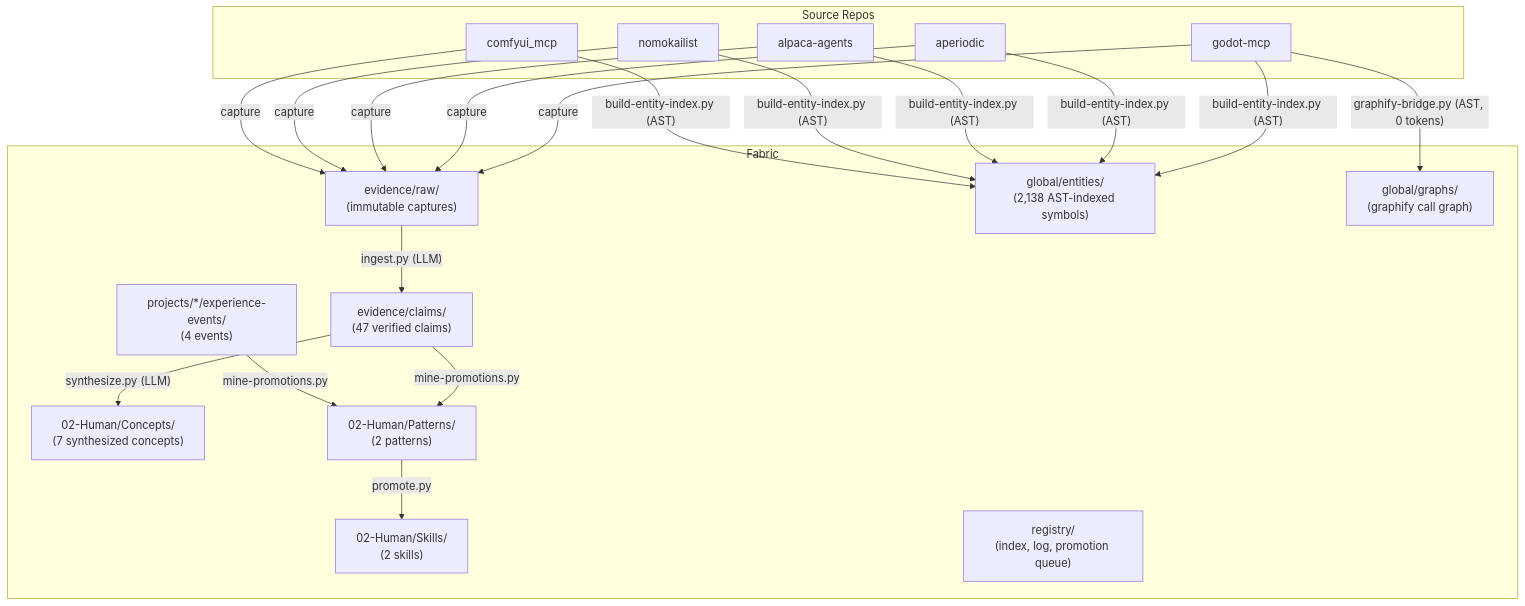
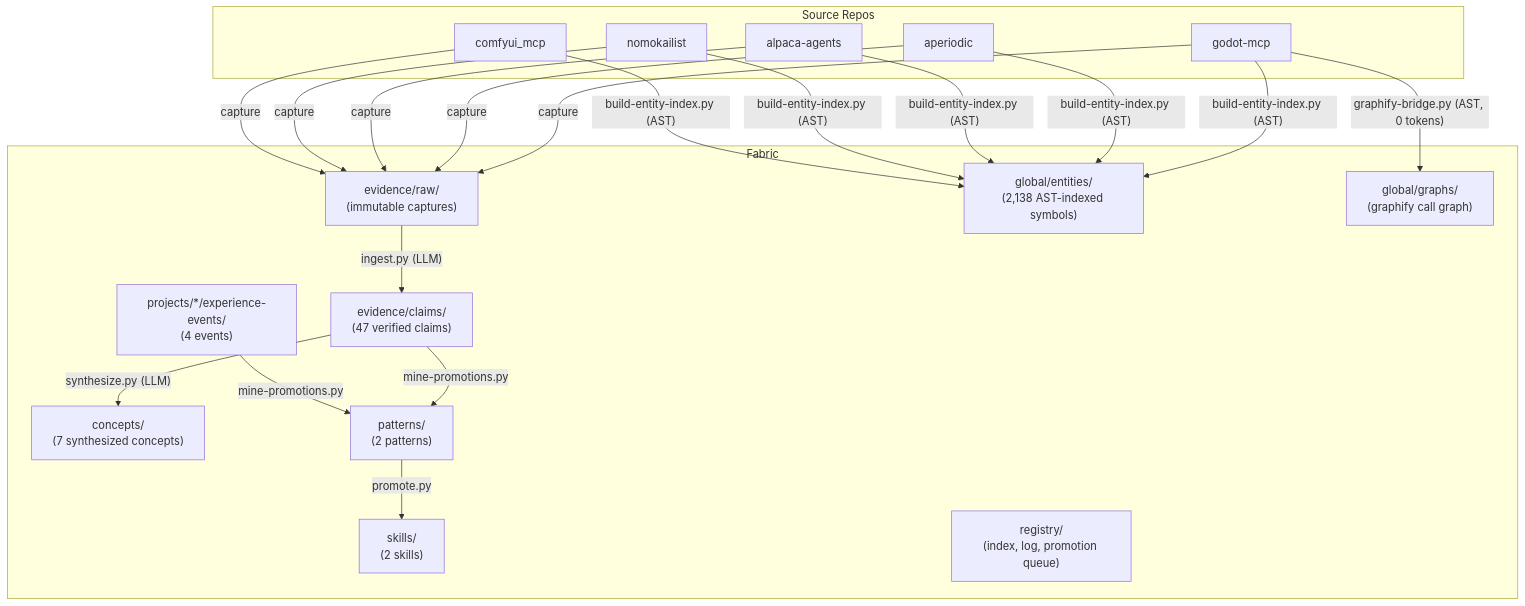
Before and after one commit to hybridindie/wiki-fabric: the first of 8 diagrams in README.md, drawn with Mermaid. The commit also changed other lines of this file and 3 other files, not shown here.

````diff
--- a/README.md
+++ b/README.md
@@ -26,31 +44,31 @@
 ```mermaid
 graph TB
     subgraph "Source Repos"
         GM["godot-mcp"]
         AP["aperiodic"]
         AA["alpaca-agents"]
         NK["nomokailist"]
         CM["comfyui_mcp"]
     end
 
     subgraph "Fabric"
         RAW["evidence/raw/<br/>(immutable captures)"]
         CLAIMS["evidence/claims/<br/>(47 verified claims)"]
-        CONCEPTS["02-Human/Concepts/<br/>(7 synthesized concepts)"]
-        PATTERNS["02-Human/Patterns/<br/>(2 patterns)"]
-        SKILLS["02-Human/Skills/<br/>(2 skills)"]
+        CONCEPTS["concepts/<br/>(7 synthesized concepts)"]
+        PATTERNS["patterns/<br/>(2 patterns)"]
+        SKILLS["skills/<br/>(2 skills)"]
         EVENTS["projects/*/experience-events/<br/>(4 events)"]
         ENTITIES["global/entities/<br/>(2,138 AST-indexed symbols)"]
         GRAPHS["global/graphs/<br/>(graphify call graph)"]
         REGISTRY["registry/<br/>(index, log, promotion queue)"]
     end
 
     GM & AP & AA & NK & CM -->|capture| RAW
     RAW -->|"ingest.py (LLM)"| CLAIMS
     CLAIMS -->|"synthesize.py (LLM)"| CONCEPTS
     CLAIMS -->|"mine-promotions.py"| PATTERNS
     PATTERNS -->|"promote.py"| SKILLS
     GM & AP & AA & NK & CM -->|"build-entity-index.py (AST)"| ENTITIES
     GM -->|"graphify-bridge.py (AST, 0 tokens)"| GRAPHS
     EVENTS -->|"mine-promotions.py"| PATTERNS
 ```
````
